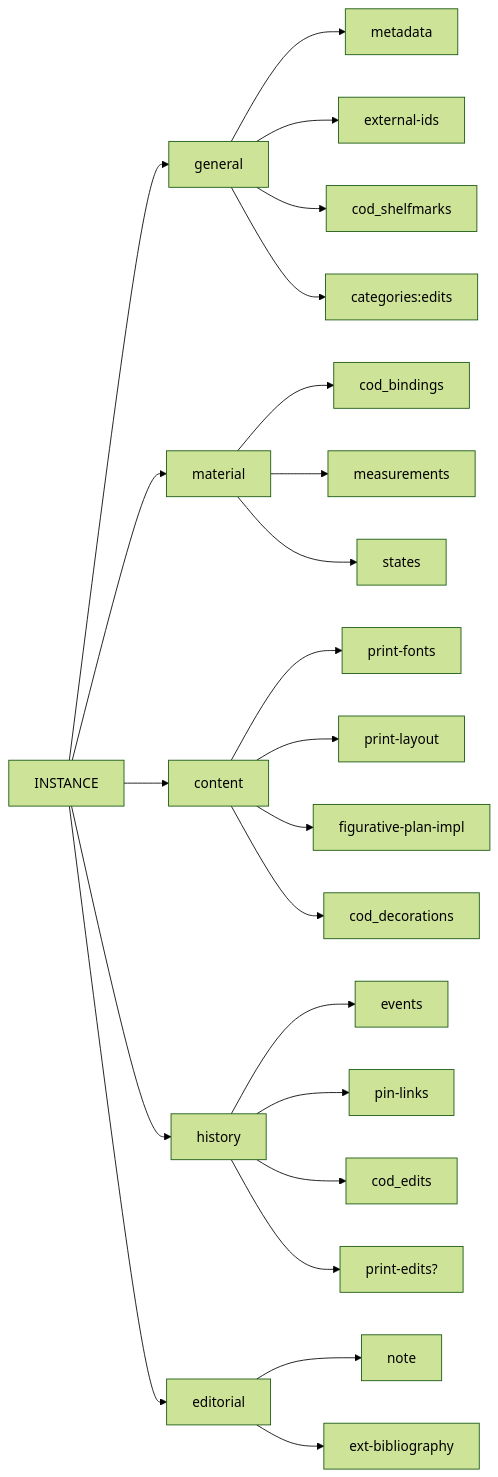
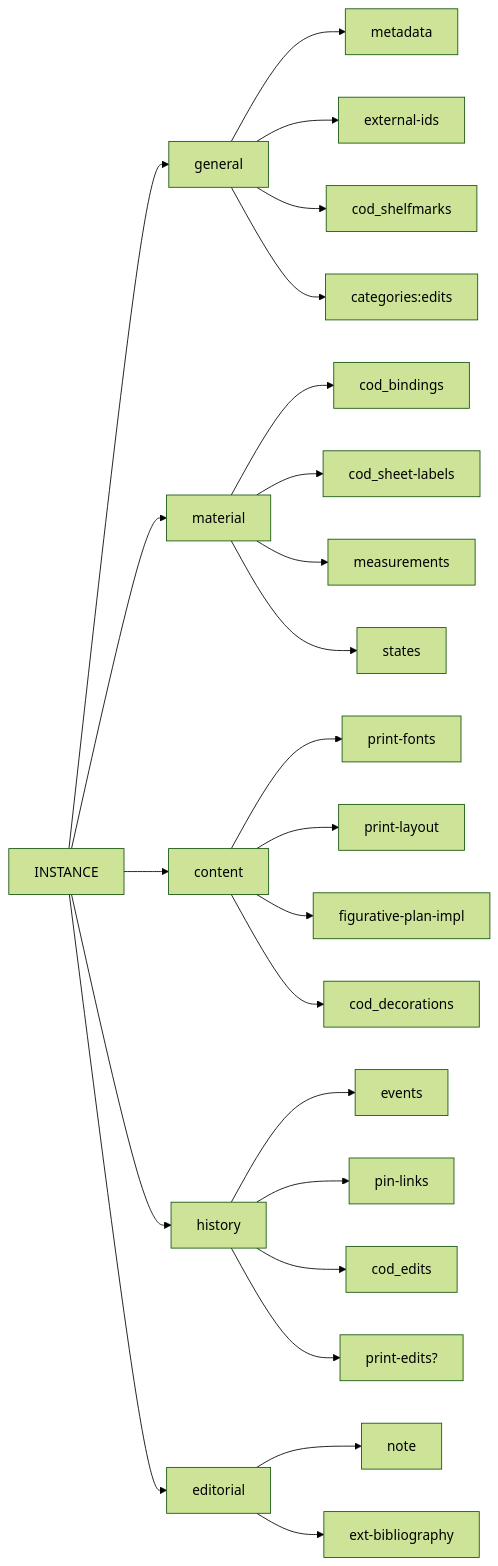
The second of 2 diagrams in README.md (vedph/cadmus-ndp-books), drawn with Mermaid (forest theme) before and after one commit. The commit also changed other lines of this file, not shown here.

````diff
--- a/README.md
+++ b/README.md
@@ -39,26 +39,27 @@
 ```mermaid
 graph LR;
 
 INSTANCE --> general
 general --> metadata
 general --> external-ids
 general --> cod_shelfmarks
 INSTANCE --> material
 material --> cod_bindings
+material --> cod_sheet-labels
 material --> measurements
 material --> states
 general --> categories:edits
 INSTANCE --> content
 content --> print-fonts
 content --> print-layout
 content --> figurative-plan-impl
 content --> cod_decorations
 INSTANCE --> history
 history --> events
 history --> pin-links
 history --> cod_edits
 history --> print-edits?
 INSTANCE --> editorial
 editorial --> note
 editorial --> ext-bibliography
 ```
````
